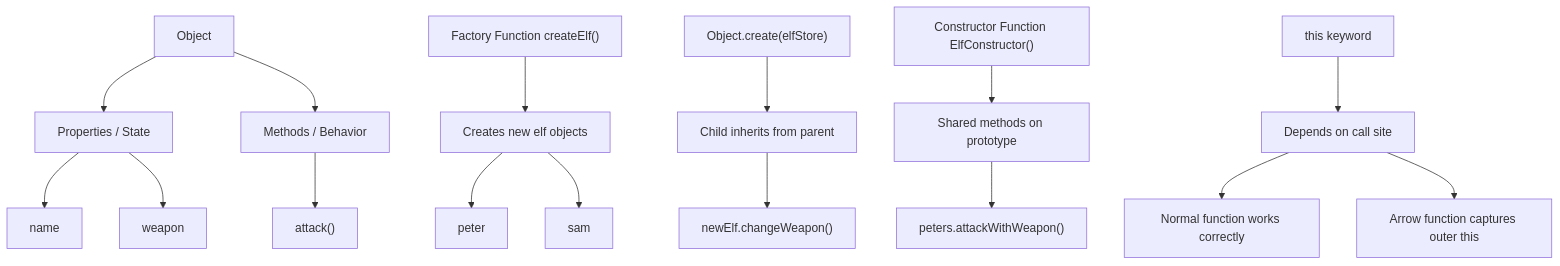
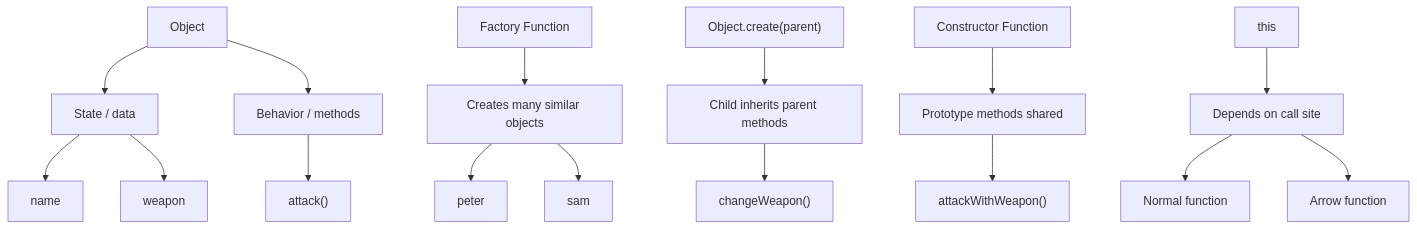
The diagram in oops/OOP.md (raushanapp/advance_javascript_Andre), drawn with Mermaid before and after one commit. The commit also changed other lines of this file and 1 other file, not shown here.

Commit message:
Refactor OOP.md and app.js for clarity; enhance explanations of OOP concepts, encapsulation, and constructor functions; add console logs for debugging

````diff
--- a/oops/OOP.md
+++ b/oops/OOP.md
@@ -247,23 +283,23 @@
 ```mermaid
 flowchart TD
-    A["Object"] --> B["Properties / State"]
-    A --> C["Methods / Behavior"]
+    A["Object"] --> B["State / data"]
+    A --> C["Behavior / methods"]
 
     B --> D["name"]
     B --> E["weapon"]
     C --> F["attack()"]
 
-    G["Factory Function createElf()"] --> H["Creates new elf objects"]
+    G["Factory Function"] --> H["Creates many similar objects"]
     H --> I["peter"]
     H --> J["sam"]
 
-    K["Object.create(elfStore)"] --> L["Child inherits from parent"]
-    L --> M["newElf.changeWeapon()"]
+    K["Object.create(parent)"] --> L["Child inherits parent methods"]
+    L --> M["changeWeapon()"]
 
-    N["Constructor Function ElfConstructor()"] --> O["Shared methods on prototype"]
-    O --> P["peters.attackWithWeapon()"]
+    N["Constructor Function"] --> O["Prototype methods shared"]
+    O --> P["attackWithWeapon()"]
 
-    Q["this keyword"] --> R["Depends on call site"]
-    R --> S["Normal function works correctly"]
-    R --> T["Arrow function captures outer this"]
+    Q["this"] --> R["Depends on call site"]
+    R --> S["Normal function"]
+    R --> T["Arrow function"]
 ```
````
